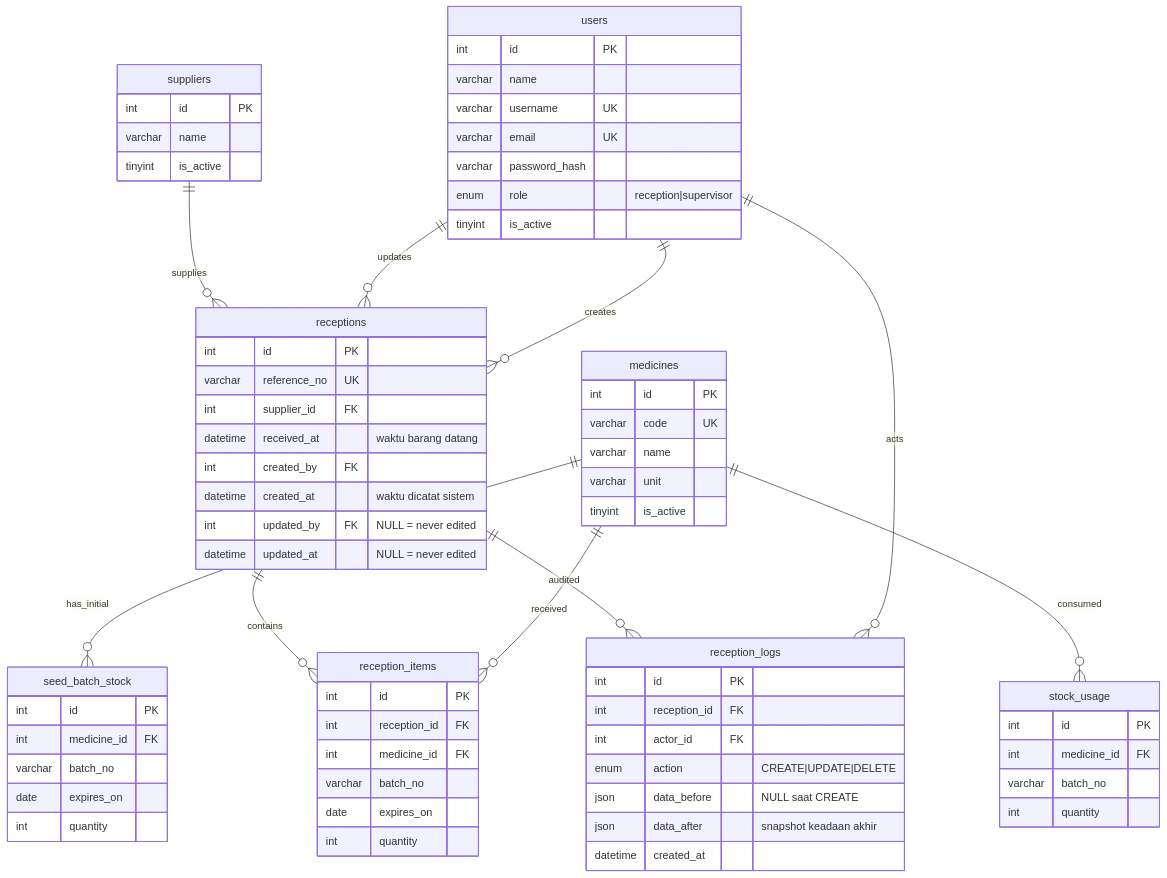
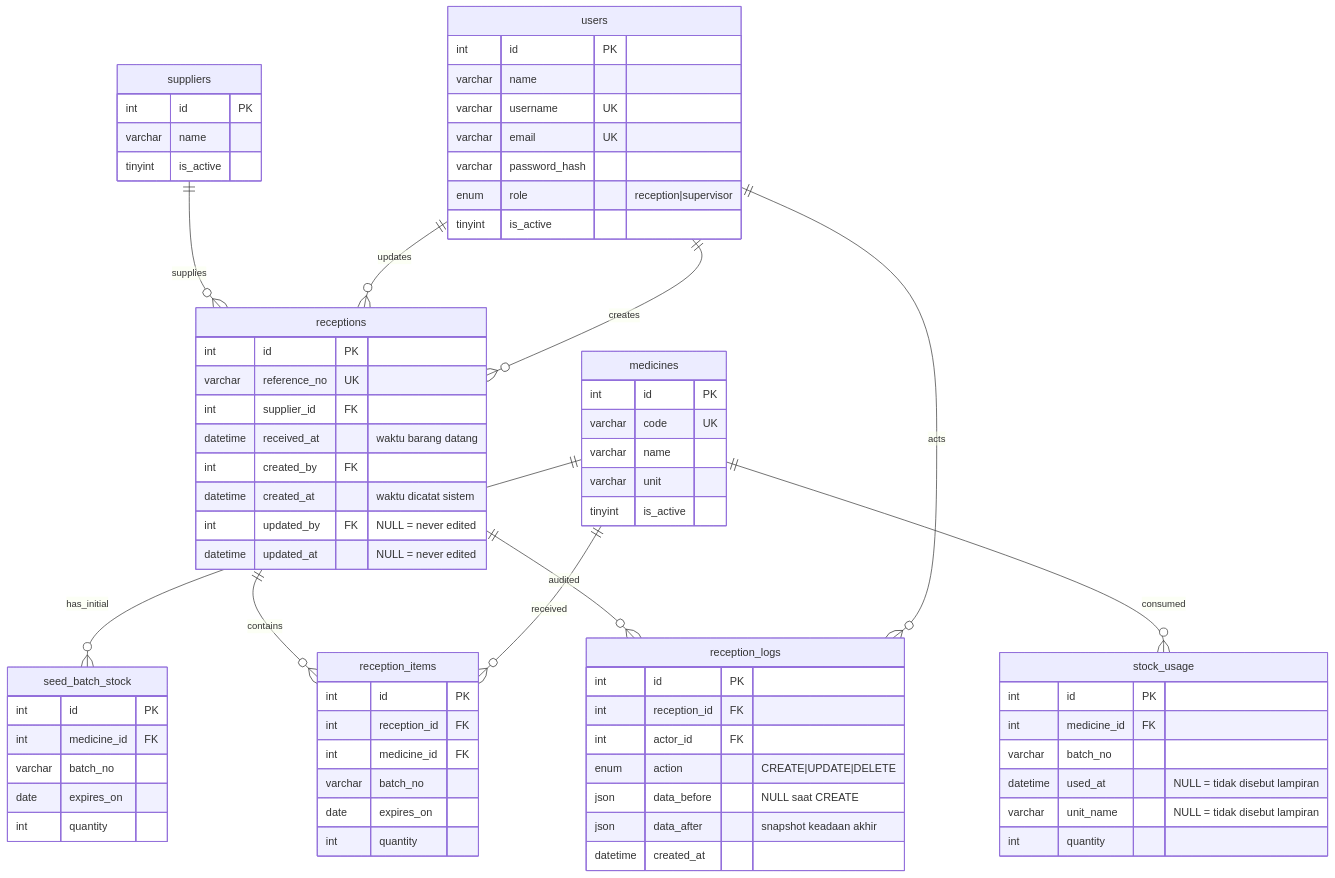
The diagram in docs/database.md (LostInLost/pharmacy-farmagitechs), drawn with Mermaid before and after one commit. The commit also changed other lines of this file and 9 other files, not shown here.

````diff
--- a/docs/database.md
+++ b/docs/database.md
@@ -5,74 +5,76 @@
 ```mermaid
 erDiagram
     users ||--o{ receptions : "creates"
     users ||--o{ receptions : "updates"
     users ||--o{ reception_logs : "acts"
     suppliers ||--o{ receptions : "supplies"
     medicines ||--o{ seed_batch_stock : "has_initial"
     medicines ||--o{ stock_usage : "consumed"
     medicines ||--o{ reception_items : "received"
     receptions ||--o{ reception_items : "contains"
     receptions ||--o{ reception_logs : "audited"
 
     users {
         int id PK
         varchar name
         varchar username UK
         varchar email UK
         varchar password_hash
         enum role "reception|supervisor"
         tinyint is_active
     }
     suppliers {
         int id PK
         varchar name
         tinyint is_active
     }
     medicines {
         int id PK
         varchar code UK
         varchar name
         varchar unit
         tinyint is_active
     }
     seed_batch_stock {
         int id PK
         int medicine_id FK
         varchar batch_no
         date expires_on
         int quantity
     }
     stock_usage {
         int id PK
         int medicine_id FK
         varchar batch_no
+        datetime used_at "NULL = tidak disebut lampiran"
+        varchar unit_name "NULL = tidak disebut lampiran"
         int quantity
     }
     receptions {
         int id PK
         varchar reference_no UK
         int supplier_id FK
         datetime received_at "waktu barang datang"
         int created_by FK
         datetime created_at "waktu dicatat sistem"
         int updated_by FK "NULL = never edited"
         datetime updated_at "NULL = never edited"
     }
     reception_items {
         int id PK
         int reception_id FK
         int medicine_id FK
         varchar batch_no
         date expires_on
         int quantity
     }
     reception_logs {
         int id PK
         int reception_id FK
         int actor_id FK
         enum action "CREATE|UPDATE|DELETE"
         json data_before "NULL saat CREATE"
         json data_after "snapshot keadaan akhir"
         datetime created_at
     }
 ```
````
